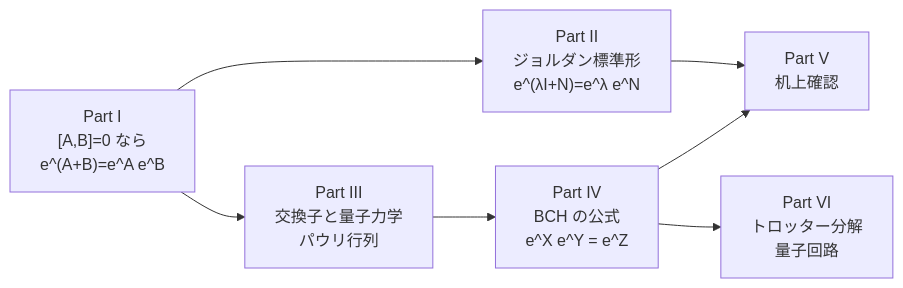
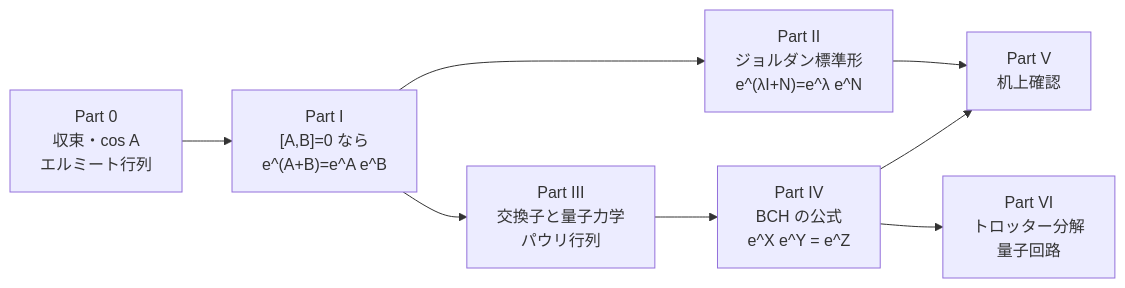
One commit to kazuma0606/quantum-study changed the diagram in 研究ノート/04_群論・代数/matrix_exponential_commutator_bch_trotter.md. Above: the diagram before and after it, drawn with Mermaid. The commit also changed other lines of this file and 1 other file, not shown here.

First line of the commit message:
Add Part 0 to the matrix exponential note: convergence, cos A, Hermitian case

````diff
--- a/研究ノート/04_群論・代数/matrix_exponential_commutator_bch_trotter.md
+++ b/研究ノート/04_群論・代数/matrix_exponential_commutator_bch_trotter.md
@@ -16,9 +17,10 @@
 ```mermaid
 graph LR
+    P0["Part 0<br/>収束・cos A<br/>エルミート行列"] --> I
     I["Part I<br/>[A,B]=0 なら<br/>e^(A+B)=e^A e^B"] --> II["Part II<br/>ジョルダン標準形<br/>e^(λI+N)=e^λ e^N"]
     I --> III["Part III<br/>交換子と量子力学<br/>パウリ行列"]
     III --> IV["Part IV<br/>BCH の公式<br/>e^X e^Y = e^Z"]
     IV --> V["Part V<br/>机上確認"]
     IV --> VI["Part VI<br/>トロッター分解<br/>量子回路"]
     II --> V
 ```
````
